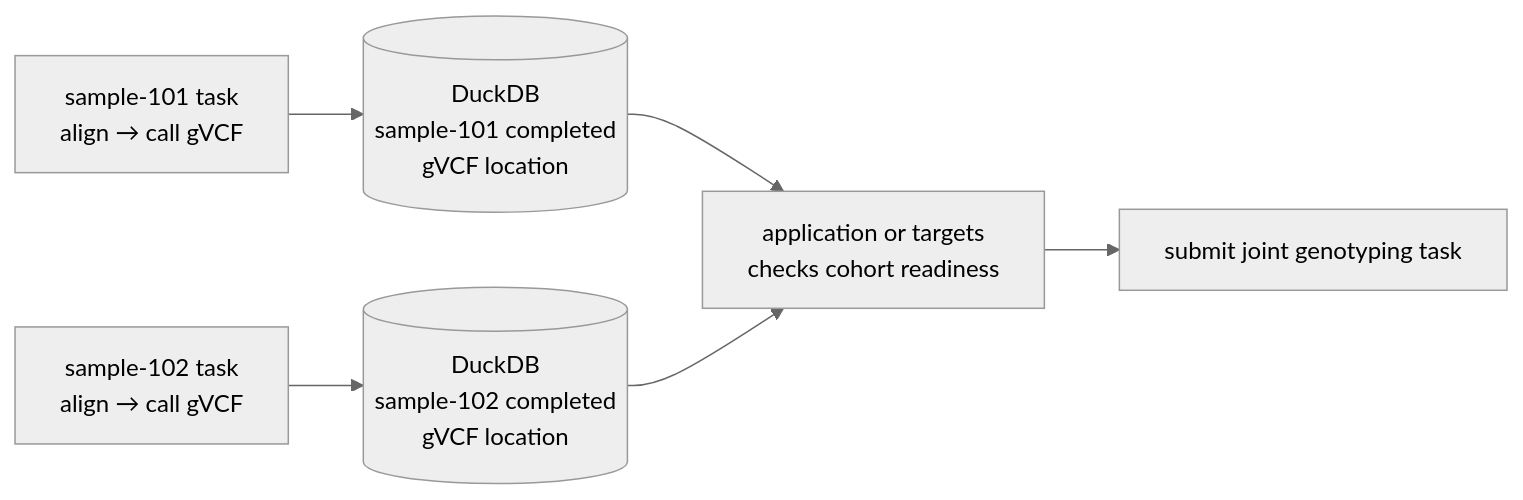
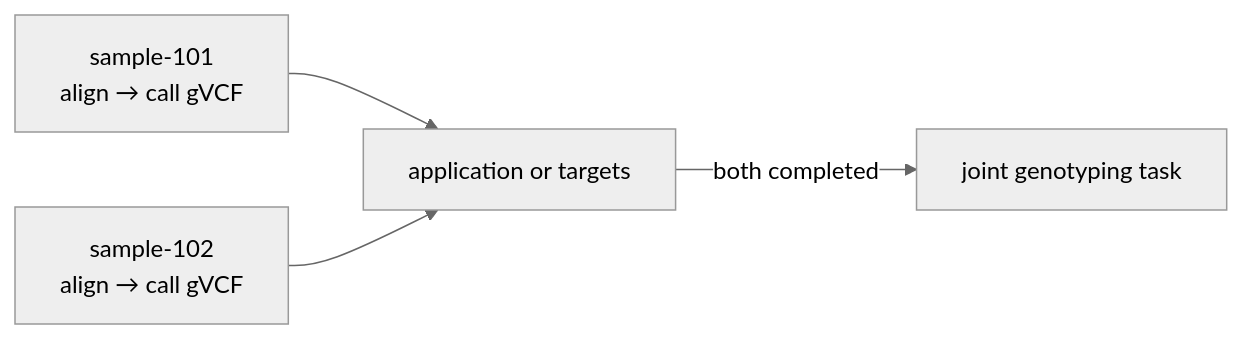
The diagram in vignettes/getting-started.Rmd (RGenomicsETL/CanardAbsurd), drawn with Mermaid (neutral theme) before and after one commit. The commit also changed other lines of this file and 7 other files, not shown here.

````diff
--- a/vignettes/getting-started.Rmd
+++ b/vignettes/getting-started.Rmd
@@ -146,8 +116,6 @@
 ```mermaid
 flowchart LR
-  Sample1["sample-101 task<br/>align → call gVCF"] --> Saved1[("DuckDB<br/>sample-101 completed<br/>gVCF location")]
-  Sample2["sample-102 task<br/>align → call gVCF"] --> Saved2[("DuckDB<br/>sample-102 completed<br/>gVCF location")]
-  Saved1 --> Controller["application or targets<br/>checks cohort readiness"]
-  Saved2 --> Controller
-  Controller --> Joint["submit joint genotyping task"]
+  Sample1["sample-101<br/>align → call gVCF"] --> Controller["application or targets"]
+  Sample2["sample-102<br/>align → call gVCF"] --> Controller
+  Controller -->|"both completed"| Joint["joint genotyping task"]
 ```
````
